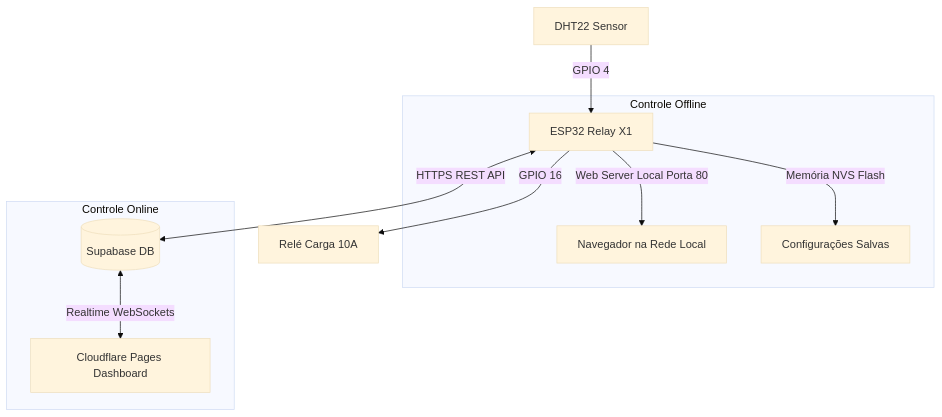
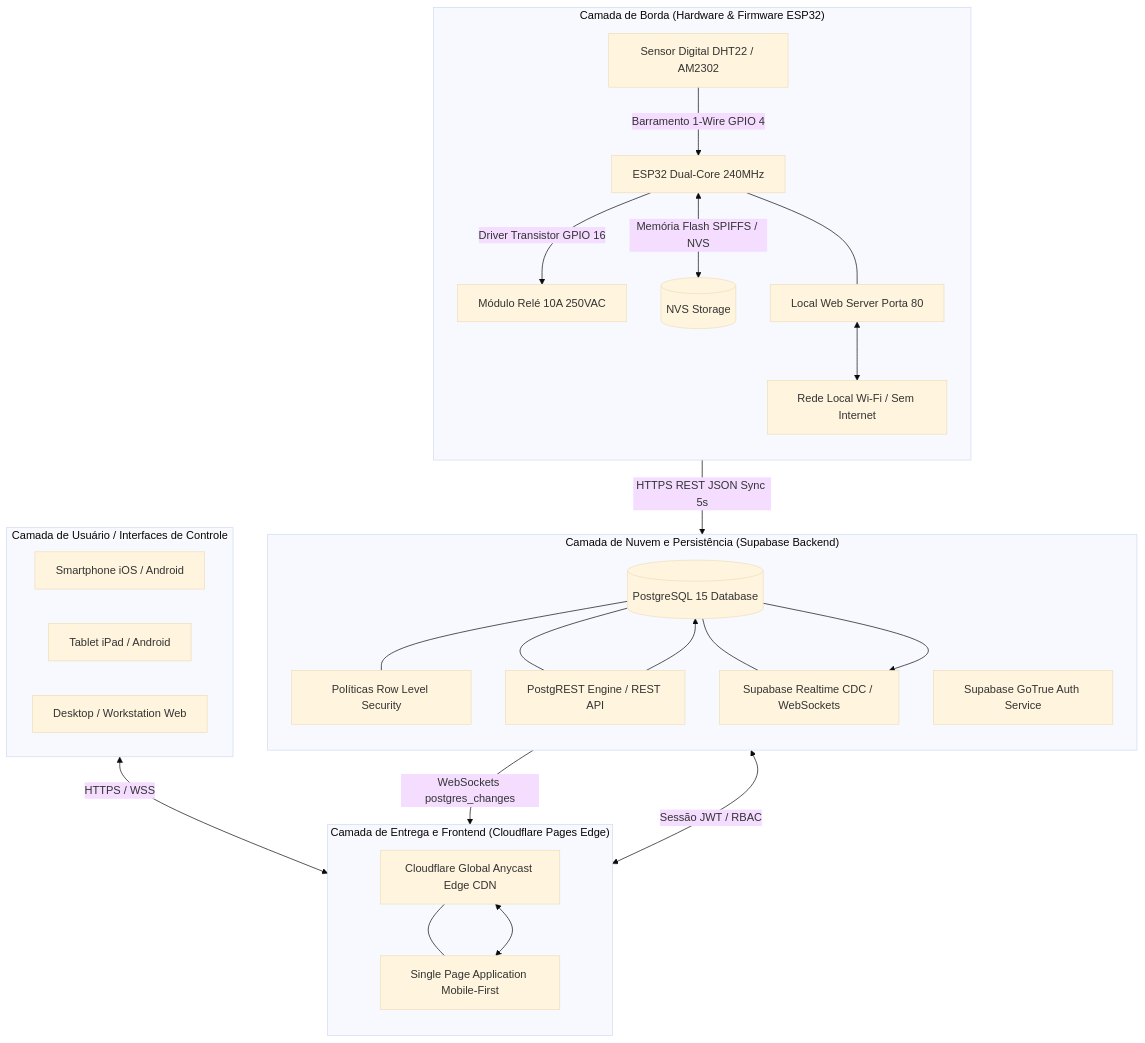
The first of 2 diagrams in TERMOSTATO-DIGITAL-WEB-main/README.md (antony1727/TERMOSTATO-DIGITAL-WEB), drawn with Mermaid (base theme) before and after one commit. The commit also changed other lines of this file and 1 other file, not shown here.

````diff
--- a/TERMOSTATO-DIGITAL-WEB-main/README.md
+++ b/TERMOSTATO-DIGITAL-WEB-main/README.md
@@ -9,15 +63,43 @@
 ```mermaid
-flowchart TD
-    Sensor[DHT22 Sensor] -->|GPIO 4| ESP32[ESP32 Relay X1]
-    ESP32 -->|GPIO 16| Relay[Relé Carga 10A]
-    
-    subgraph "Controle Offline"
-        ESP32 -->|Web Server Local Porta 80| LocalBrowser[Navegador na Rede Local]
-        ESP32 -->|Memória NVS Flash| Storage[Configurações Salvas]
+flowchart TB
+    subgraph EdgeDevice ["Camada de Borda (Hardware & Firmware ESP32)"]
+        direction TB
+        DHT[Sensor Digital DHT22 / AM2302] -->|Barramento 1-Wire GPIO 4| MCU[ESP32 Dual-Core 240MHz]
+        MCU -->|Driver Transistor GPIO 16| Relay[Módulo Relé 10A 250VAC]
+        MCU <-->|Memória Flash SPIFFS / NVS| Flash[(NVS Storage)]
+        MCU --- LocalServer[Local Web Server Porta 80]
+        LocalServer <--> LocalClient[Rede Local Wi-Fi / Sem Internet]
     end
 
-    subgraph "Controle Online"
-        ESP32 <-->|HTTPS REST API| Supabase[(Supabase DB)]
-        Supabase <-->|Realtime WebSockets| Cloudflare[Cloudflare Pages Dashboard]
+    subgraph CloudInfra ["Camada de Nuvem e Persistência (Supabase Backend)"]
+        direction TB
+        DB[(PostgreSQL 15 Database)]
+        DB --- RLS[Políticas Row Level Security]
+        DB --- PostgREST[PostgREST Engine / REST API]
+        DB --- RealtimeEngine[Supabase Realtime CDC / WebSockets]
+        AuthService[Supabase GoTrue Auth Service]
     end
+
+    subgraph EdgeCDN ["Camada de Entrega e Frontend (Cloudflare Pages Edge)"]
+        direction TB
+        CFEdge[Cloudflare Global Anycast Edge CDN]
+        SPA[Single Page Application Mobile-First]
+        CFEdge --- SPA
+    end
+
+    subgraph UserClients ["Camada de Usuário / Interfaces de Controle"]
+        direction LR
+        Mobile[Smartphone iOS / Android]
+        Tablet[Tablet iPad / Android]
+        Desktop[Desktop / Workstation Web]
+    end
+
+    %% Conexões de Rede
+    MCU -->|HTTPS REST JSON Sync 5s| PostgREST
+    PostgREST --> DB
+    DB --> RealtimeEngine
+    RealtimeEngine -->|WebSockets postgres_changes| SPA
+    AuthService <-->|Sessão JWT / RBAC| SPA
+    SPA <--> CFEdge
+    UserClients <-->|HTTPS / WSS| CFEdge
 ```
````
